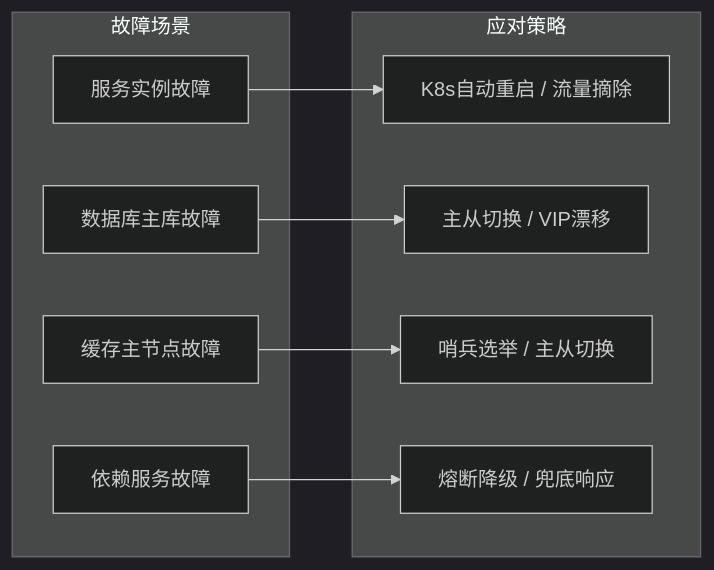
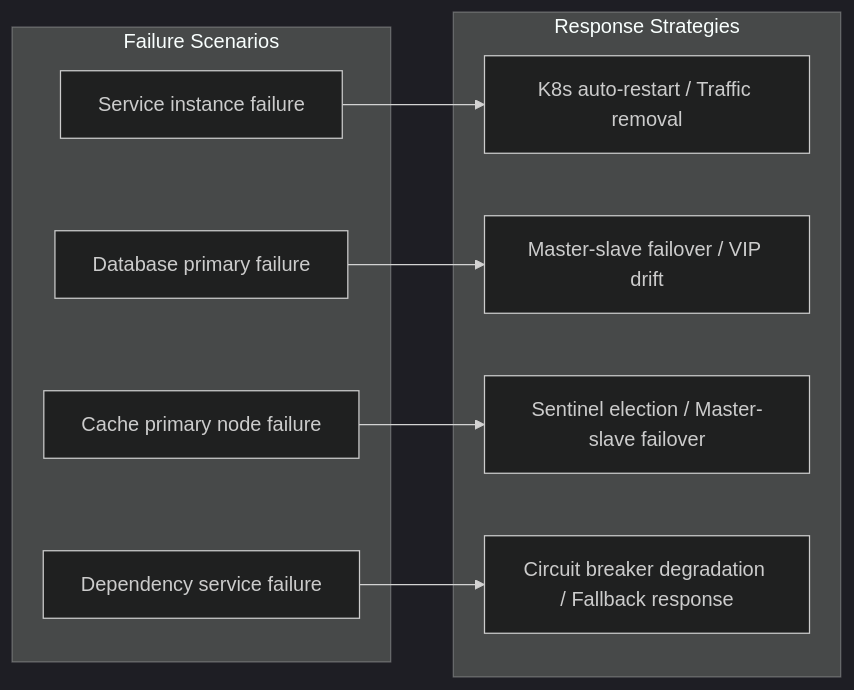
Before and after one commit to Kirky-X/cangjie: diagram 15 of 15 in templates/产品/技术层/【模板】架构设计文档.md, drawn with Mermaid (dark theme). The commit also changed other lines of this file and 46 other files, not shown here.

````diff
--- a/templates/产品/技术层/【模板】架构设计文档.md
+++ b/templates/产品/技术层/【模板】架构设计文档.md
@@ -691,21 +691,21 @@
 ```mermaid
 flowchart LR
-    subgraph 故障场景
-        F1[服务实例故障]
-        F2[数据库主库故障]
-        F3[缓存主节点故障]
-        F4[依赖服务故障]
+    subgraph Failure Scenarios
+        F1[Service instance failure]
+        F2[Database primary failure]
+        F3[Cache primary node failure]
+        F4[Dependency service failure]
     end
 
-    subgraph 应对策略
-        S1[K8s自动重启 / 流量摘除]
-        S2[主从切换 / VIP漂移]
-        S3[哨兵选举 / 主从切换]
-        S4[熔断降级 / 兜底响应]
+    subgraph Response Strategies
+        S1[K8s auto-restart / Traffic removal]
+        S2[Master-slave failover / VIP drift]
+        S3[Sentinel election / Master-slave failover]
+        S4[Circuit breaker degradation / Fallback response]
     end
 
     F1 --> S1
     F2 --> S2
     F3 --> S3
     F4 --> S4
 ```
````
